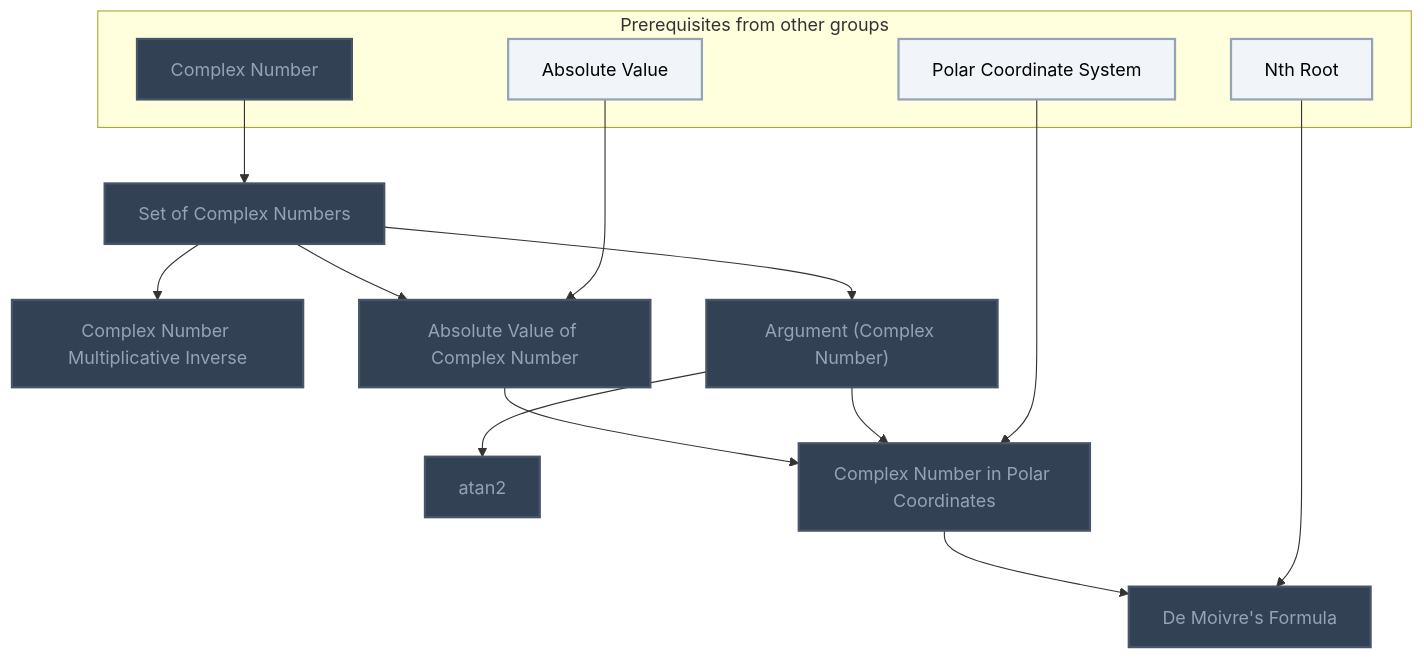
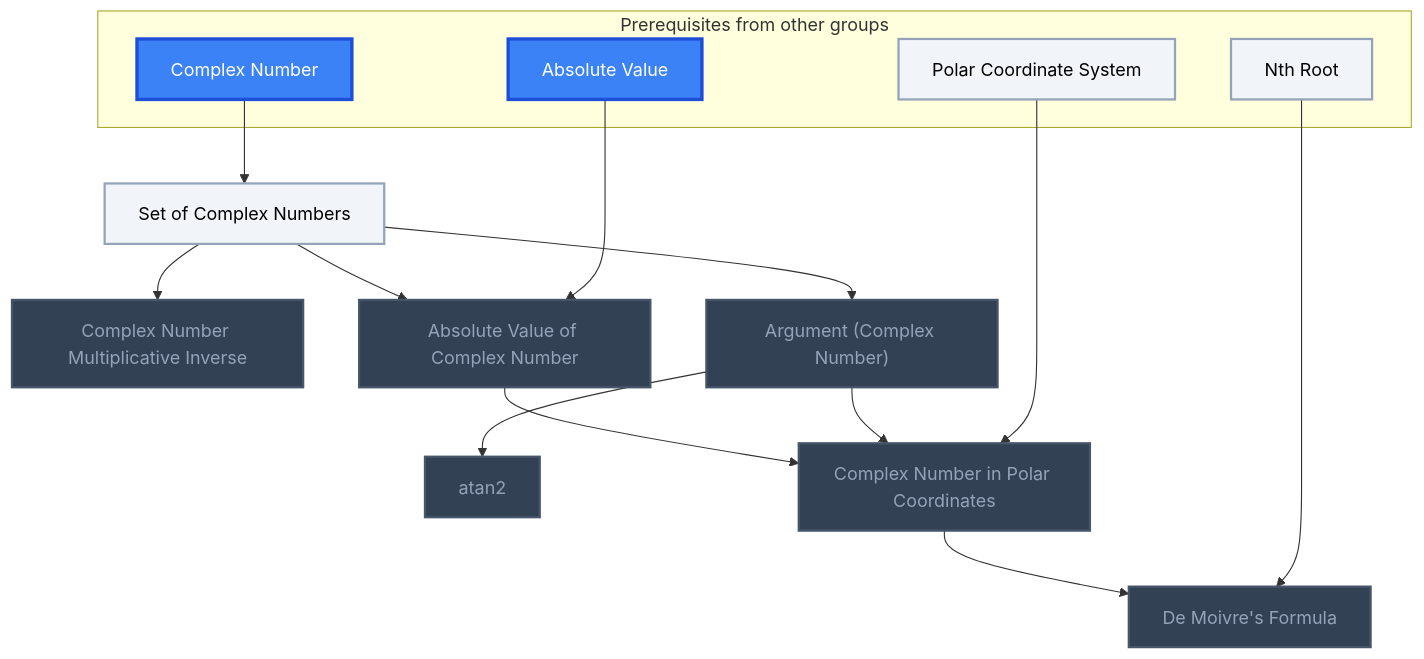
One commit to MRauf1/My-Notes changed the first of 19 diagrams in Gamification/Skill Trees/Complex Analysis.md. Above: the diagram before and after it, drawn with Mermaid. The commit also changed other lines of this file and 57 other files, not shown here.

````diff
--- a/Gamification/Skill Trees/Complex Analysis.md
+++ b/Gamification/Skill Trees/Complex Analysis.md
@@ -17,39 +17,40 @@
 ```mermaid
 flowchart TD
     classDef planned fill:#1E293B,stroke:#64748B,stroke-width:2px,stroke-dasharray:5 5,color:#94A3B8;
     classDef locked fill:#334155,stroke:#475569,stroke-width:2px,color:#94A3B8;
     classDef L0 fill:#F1F5F9,stroke:#94A3B8,stroke-width:2px,color:#000000;
     classDef L1 fill:#22C55E,stroke:#15803D,stroke-width:2px,color:#000000;
     classDef L2 fill:#3B82F6,stroke:#1D4ED8,stroke-width:3px,color:#FFFFFF;
     classDef L3 fill:#A855F7,stroke:#6B21A8,stroke-width:3px,color:#FFFFFF,font-weight:bold;
     classDef L4 fill:#F97316,stroke:#C2410C,stroke-width:4px,color:#000000,font-weight:bold;
     classDef L5 fill:#FFD700,stroke:#FF8C00,stroke-width:5px,color:#000000,font-weight:bold;
     classDef rusty stroke:#8B4513,stroke-width:4px,stroke-dasharray:3 3;
     subgraph sg_prereqs["Prerequisites from other groups"]
         n_complex_number["Complex Number"]
         n_absolute_value["Absolute Value"]
         n_polar_coordinate_system["Polar Coordinate System"]
         n_nth_root["Nth Root"]
     end
     n_set_of_complex_numbers["Set of Complex Numbers"]
     n_complex_number_multiplicative_inverse["Complex Number Multiplicative Inverse"]
     n_absolute_value_of_complex_number["Absolute Value of Complex Number"]
     n_argument_complex_number["Argument (Complex Number)"]
     n_atan2["atan2"]
     n_complex_number_in_polar_coordinates["Complex Number in Polar Coordinates"]
     n_de_moivre_s_formula["De Moivre's Formula"]
     n_complex_number --> n_set_of_complex_numbers
     n_set_of_complex_numbers --> n_complex_number_multiplicative_inverse
     n_set_of_complex_numbers --> n_absolute_value_of_complex_number
     n_absolute_value --> n_absolute_value_of_complex_number
     n_set_of_complex_numbers --> n_argument_complex_number
     n_argument_complex_number --> n_atan2
     n_absolute_value_of_complex_number --> n_complex_number_in_polar_coordinates
     n_argument_complex_number --> n_complex_number_in_polar_coordinates
     n_polar_coordinate_system --> n_complex_number_in_polar_coordinates
     n_complex_number_in_polar_coordinates --> n_de_moivre_s_formula
     n_nth_root --> n_de_moivre_s_formula
-    class n_complex_number,n_set_of_complex_numbers,n_complex_number_multiplicative_inverse,n_absolute_value_of_complex_number,n_argument_complex_number,n_atan2,n_complex_number_in_polar_coordinates,n_de_moivre_s_formula locked;
-    class n_absolute_value,n_polar_coordinate_system,n_nth_root L0;
+    class n_complex_number_multiplicative_inverse,n_absolute_value_of_complex_number,n_argument_complex_number,n_atan2,n_complex_number_in_polar_coordinates,n_de_moivre_s_formula locked;
+    class n_polar_coordinate_system,n_nth_root,n_set_of_complex_numbers L0;
+    class n_complex_number,n_absolute_value L2;
     class n_complex_number,n_absolute_value,n_polar_coordinate_system,n_nth_root,n_set_of_complex_numbers,n_complex_number_multiplicative_inverse,n_absolute_value_of_complex_number,n_argument_complex_number,n_atan2,n_complex_number_in_polar_coordinates,n_de_moivre_s_formula internal-link;
 ```
````
